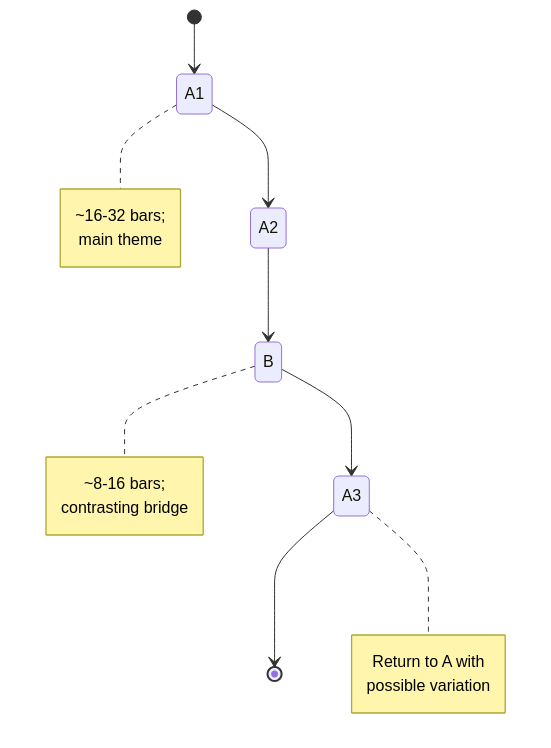
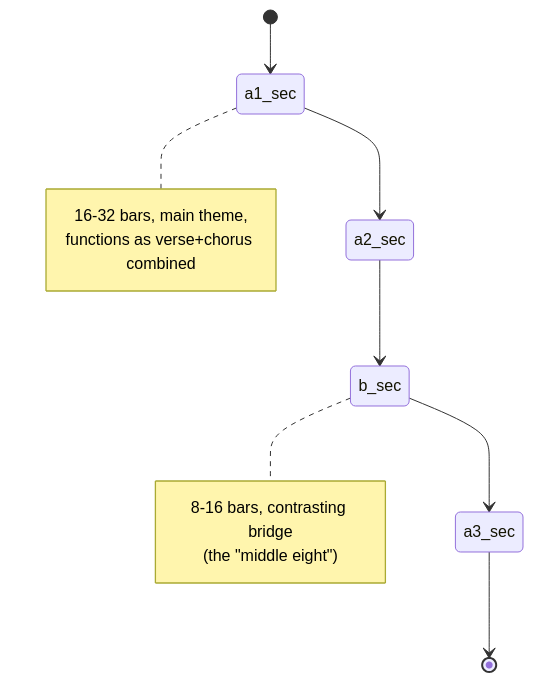
The second of 2 diagrams in topics/arts/composition/songwriting/lesson_01_song_structure.md (blebleblee/synapse), drawn with Mermaid before and after one commit. The commit also changed other lines of this file and 4 other files, not shown here.

````diff
--- a/topics/arts/composition/songwriting/lesson_01_song_structure.md
+++ b/topics/arts/composition/songwriting/lesson_01_song_structure.md
@@ -223,23 +200,18 @@
 ```mermaid
 stateDiagram-v2
-    [*] --> A1
-    A1 --> A2
-    A2 --> B
-    B --> A3
-    A3 --> [*]
-    
-    note right of A1
-        ~16-32 bars;
-        main theme
+    [*] --> a1_sec
+    a1_sec --> a2_sec
+    a2_sec --> b_sec
+    b_sec --> a3_sec
+    a3_sec --> [*]
+
+    note right of a1_sec
+        16-32 bars, main theme,
+        functions as verse+chorus combined
     end note
-    
-    note right of B
-        ~8-16 bars;
-        contrasting bridge
-    end note
-    
-    note right of A3
-        Return to A with
-        possible variation
+
+    note right of b_sec
+        8-16 bars, contrasting bridge
+        (the "middle eight")
     end note
 ```
````
